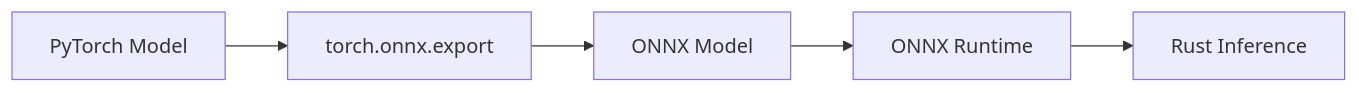
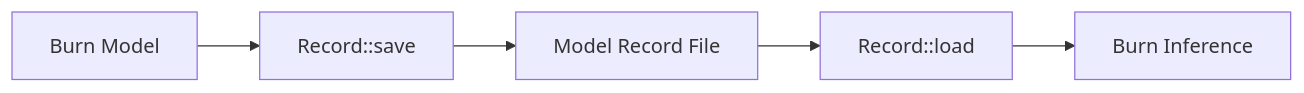
Before and after one commit to NikkeTryHard/hydra: the sixth of 7 diagrams in research/INFRASTRUCTURE.md, drawn with Mermaid. The commit also changed other lines of this file and 6 other files, not shown here.

````diff
--- a/research/INFRASTRUCTURE.md
+++ b/research/INFRASTRUCTURE.md
@@ -799,7 +746,7 @@
 ```mermaid
 graph LR
-    PT[PyTorch Model] --> EXPORT[torch.onnx.export]
-    EXPORT --> ONNX[ONNX Model]
-    ONNX --> ORT[ONNX Runtime]
-    ORT --> RUST[Rust Inference]
+    BURN[Burn Model] --> SAVE[Record::save]
+    SAVE --> FILE[Model Record File]
+    FILE --> LOAD[Record::load]
+    LOAD --> INFER[Burn Inference]
 ```
````
